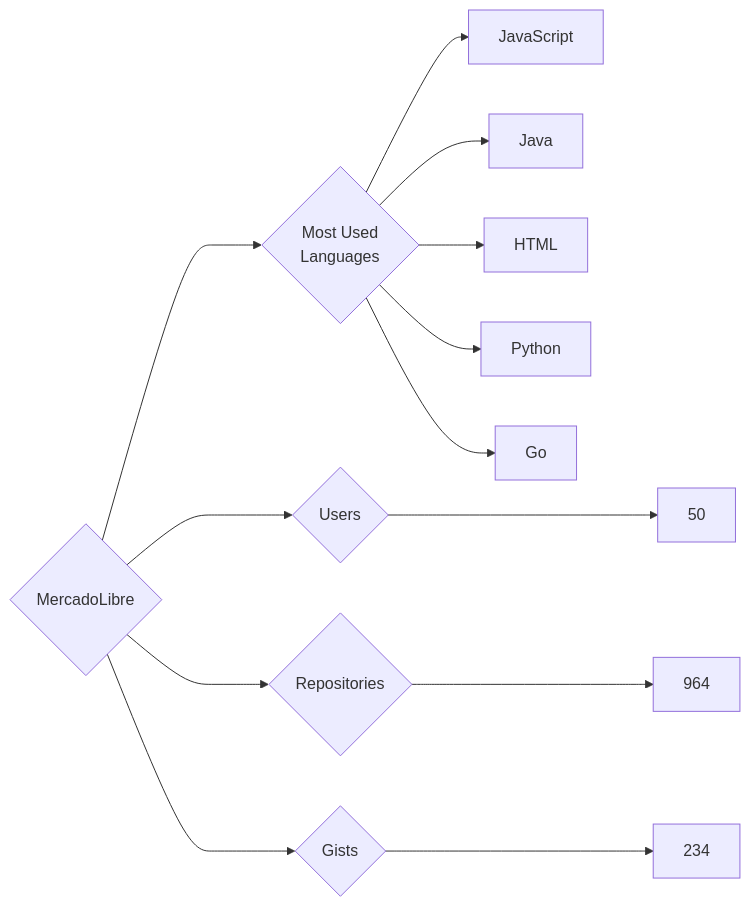
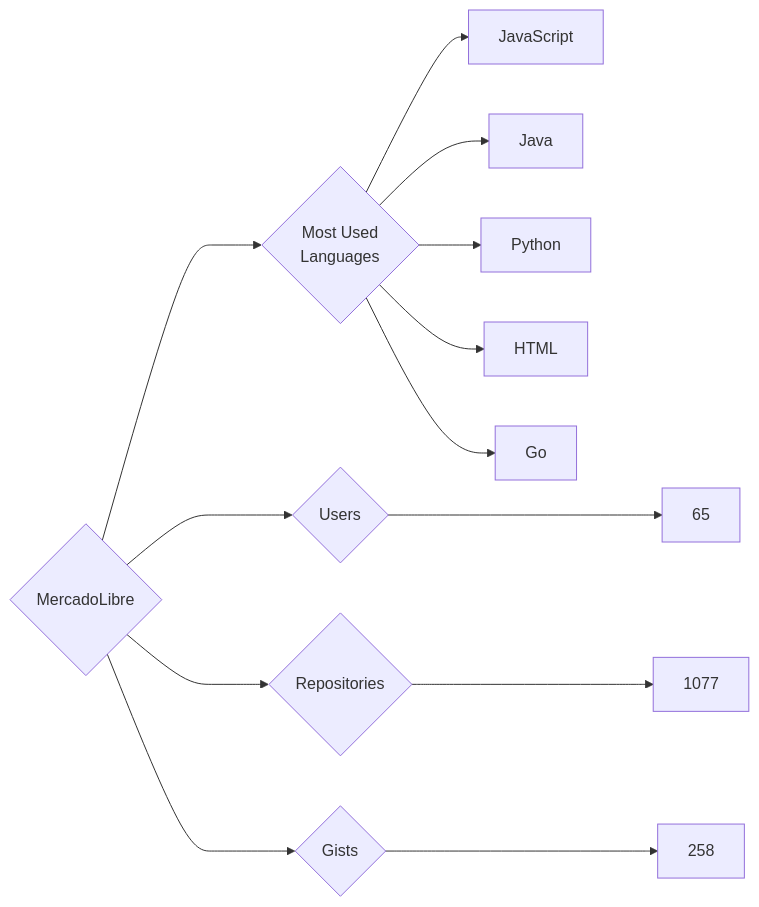
Before and after one commit to trickest/insiders: the diagram in targets/MercadoLibre/README.md, drawn with Mermaid. The commit also changed 912 other files, not shown here.

````diff
--- a/targets/MercadoLibre/README.md
+++ b/targets/MercadoLibre/README.md
@@ -3,13 +3,13 @@
 ```mermaid
 graph LR
 COMPANY_NAME{MercadoLibre}
-COMPANY_NAME ---> U{Users} ---> UN[50]
-COMPANY_NAME ---> R{Repositories} ---> RN[964]
-COMPANY_NAME ---> G{Gists} ---> GN[234]
+COMPANY_NAME ---> U{Users} ---> UN[65]
+COMPANY_NAME ---> R{Repositories} ---> RN[1077]
+COMPANY_NAME ---> G{Gists} ---> GN[258]
 COMPANY_NAME ---> ML{Most Used<br>Languages}
 ML --> JavaScript[JavaScript]
 ML --> Java[Java]
+ML --> Python[Python]
 ML --> HTML[HTML]
-ML --> Python[Python]
 ML --> Go[Go]
 ```
````
